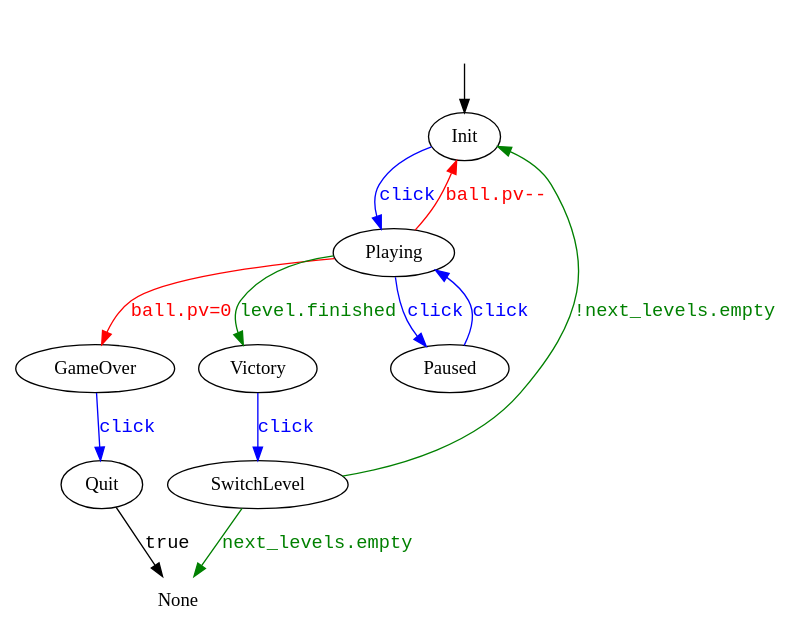
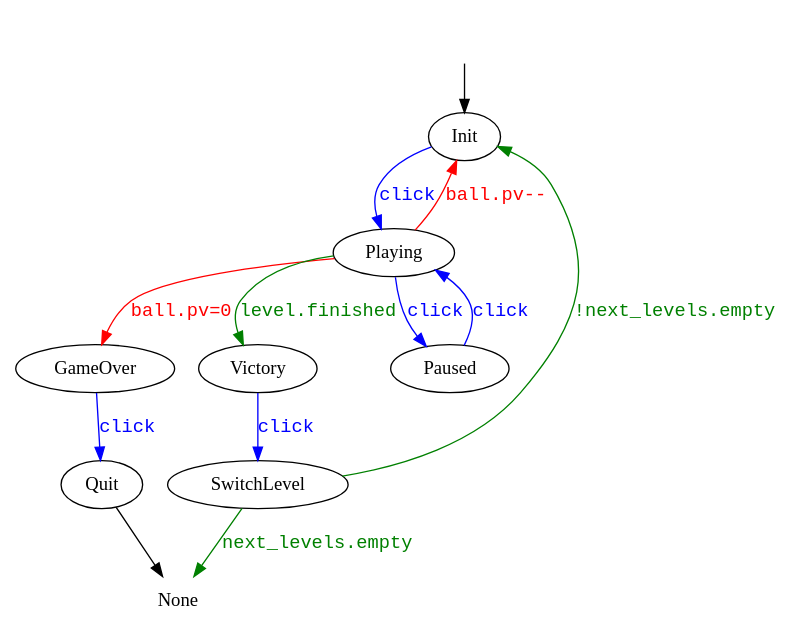
One commit to sully-vian/Newtonoid changed the diagram in rapport/img/graph.dot. Above: the diagram before and after it, drawn with Graphviz. The commit also changed 24 other files, not shown here.

```diff
--- a/rapport/img/graph.dot
+++ b/rapport/img/graph.dot
@@ -1,33 +1,33 @@
 digraph G {
     rankdir = TB;
     edge [fontname = "Courier";];
     "Init";
     "Playing";
     "GameOver";
     "Victory";
     "Paused";
     "SwitchLevel";
     "Quit";
     "None" [shape = none;];
     "" [shape = none;];
     
     "" -> Init;
     
     "Paused" -> "Playing" [label = "click"; color = "blue"; fontcolor = "blue";];
     
     "GameOver" -> "Quit" [label = "click"; color = "blue"; fontcolor = "blue";];
     
     "Victory" -> "SwitchLevel" [label = "click"; color = "blue"; fontcolor = "blue";];
     
     "Init" -> "Playing" [label = "click"; color = "blue"; fontcolor = "blue";];
     
     "Playing" -> "GameOver" [label = "ball.pv=0"; color = "red"; fontcolor = "red";];
     "Playing" -> "Init" [label = "ball.pv--"; color = "red"; fontcolor = "red";];
     "Playing" -> "Paused" [label = "click"; color = "blue"; fontcolor = "blue";];
     "Playing" -> "Victory" [label = "level.finished"; color = "green"; fontcolor = "green";];
     
     "SwitchLevel" -> "Init" [label = "!next_levels.empty"; color = green; fontcolor = "green";];
     "SwitchLevel" -> "None" [label = "next_levels.empty"; color = green; fontcolor = "green";];
     
-    "Quit" -> "None" [label = "true";];
+    "Quit" -> "None";
 }
```
